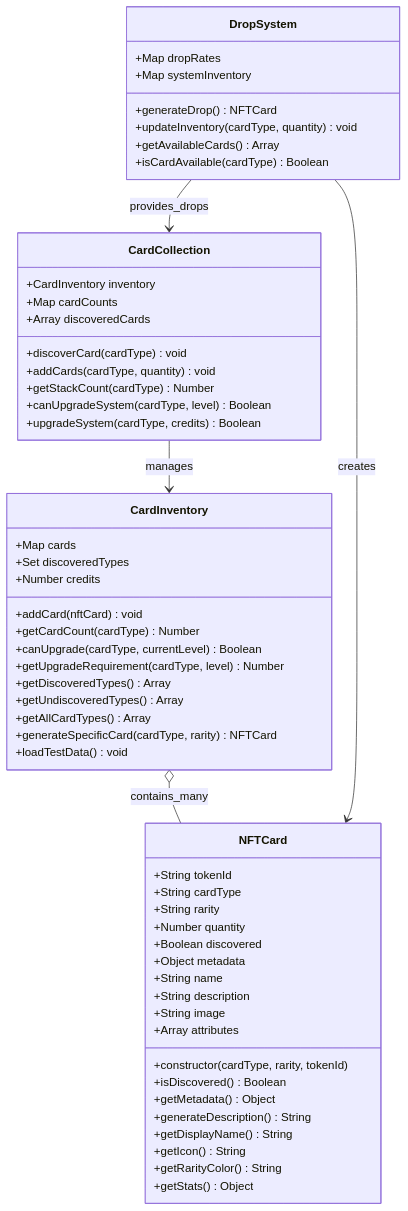
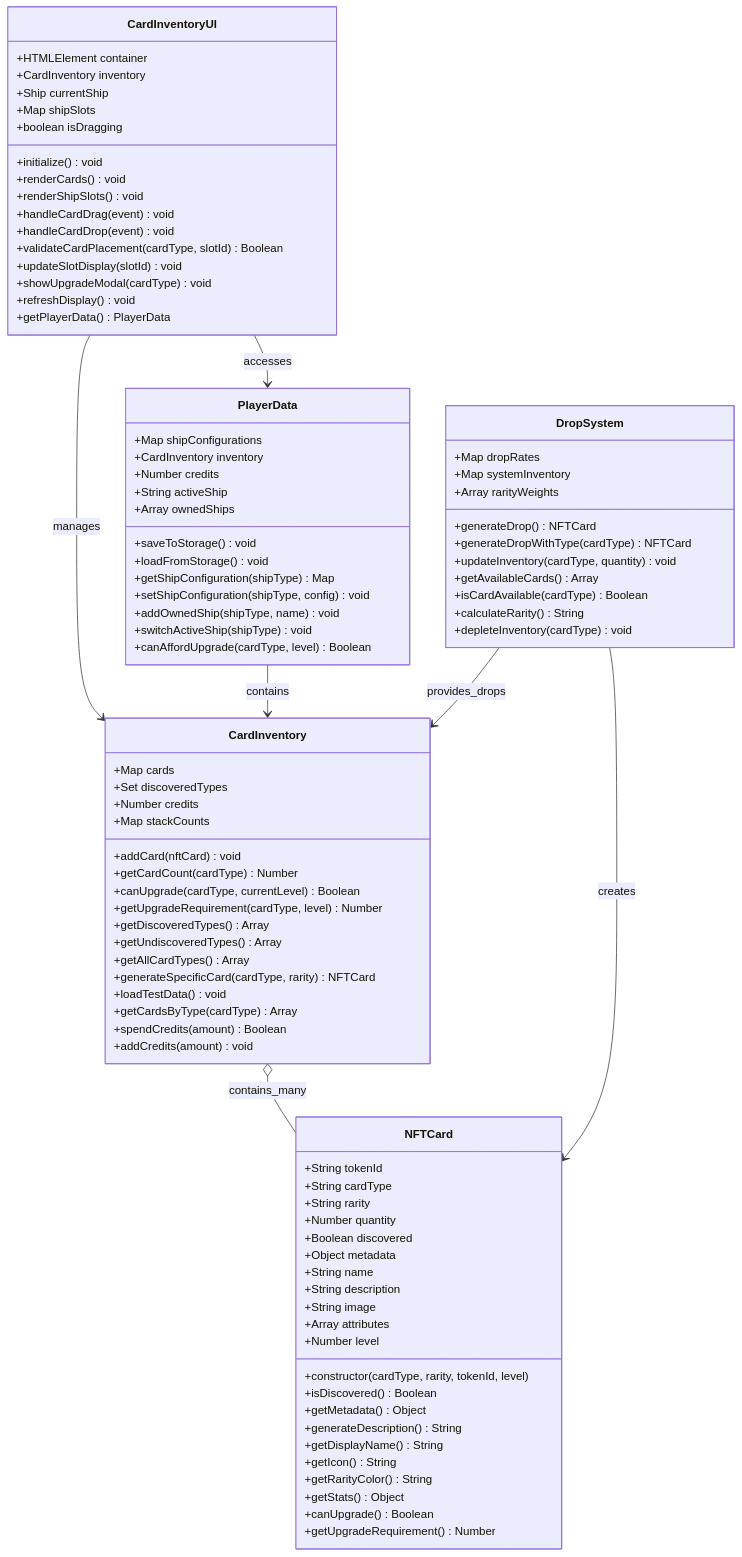
One commit to thoracle/planetz changed the second of 10 diagrams in docs/system_architecture.md. Above: the diagram before and after it, drawn with Mermaid. The commit also changed other lines of this file and 3 other files, not shown here.

````diff
--- a/docs/system_architecture.md
+++ b/docs/system_architecture.md
@@ -22,7 +87,8 @@
         +String description
         +String image
         +Array attributes
-        +constructor(cardType, rarity, tokenId)
+        +Number level
+        +constructor(cardType, rarity, tokenId, level)
         +isDiscovered() Boolean
         +getMetadata() Object
         +generateDescription() String
@@ -30,12 +96,15 @@
         +getIcon() String
         +getRarityColor() String
         +getStats() Object
+        +canUpgrade() Boolean
+        +getUpgradeRequirement() Number
     }
 
     class CardInventory {
         +Map cards
         +Set discoveredTypes
         +Number credits
+        +Map stackCounts
         +addCard(nftCard) void
         +getCardCount(cardType) Number
         +canUpgrade(cardType, currentLevel) Boolean
@@ -45,30 +114,61 @@
         +getAllCardTypes() Array
         +generateSpecificCard(cardType, rarity) NFTCard
         +loadTestData() void
+        +getCardsByType(cardType) Array
+        +spendCredits(amount) Boolean
+        +addCredits(amount) void
     }
 
-    class CardCollection {
+    class CardInventoryUI {
+        +HTMLElement container
         +CardInventory inventory
-        +Map cardCounts
-        +Array discoveredCards
-        +discoverCard(cardType) void
-        +addCards(cardType, quantity) void
-        +getStackCount(cardType) Number
-        +canUpgradeSystem(cardType, level) Boolean
-        +upgradeSystem(cardType, credits) Boolean
+        +Ship currentShip
+        +Map shipSlots
+        +boolean isDragging
+        +initialize() void
+        +renderCards() void
+        +renderShipSlots() void
+        +handleCardDrag(event) void
+        +handleCardDrop(event) void
+        +validateCardPlacement(cardType, slotId) Boolean
+        +updateSlotDisplay(slotId) void
+        +showUpgradeModal(cardType) void
+        +refreshDisplay() void
+        +getPlayerData() PlayerData
+    }
+
+    class PlayerData {
+        +Map shipConfigurations
+        +CardInventory inventory
+        +Number credits
+        +String activeShip
+        +Array ownedShips
+        +saveToStorage() void
+        +loadFromStorage() void
+        +getShipConfiguration(shipType) Map
+        +setShipConfiguration(shipType, config) void
+        +addOwnedShip(shipType, name) void
+        +switchActiveShip(shipType) void
+        +canAffordUpgrade(cardType, level) Boolean
     }
 
     class DropSystem {
         +Map dropRates
         +Map systemInventory
+        +Array rarityWeights
         +generateDrop() NFTCard
+        +generateDropWithType(cardType) NFTCard
         +updateInventory(cardType, quantity) void
         +getAvailableCards() Array
         +isCardAvailable(cardType) Boolean
+        +calculateRarity() String
+        +depleteInventory(cardType) void
     }
 
     CardInventory o-- NFTCard : contains_many
-    CardCollection --> CardInventory : manages
+    CardInventoryUI --> CardInventory : manages
+    CardInventoryUI --> PlayerData : accesses
+    PlayerData --> CardInventory : contains
     DropSystem --> NFTCard : creates
-    DropSystem --> CardCollection : provides_drops
+    DropSystem --> CardInventory : provides_drops
 ```
````
